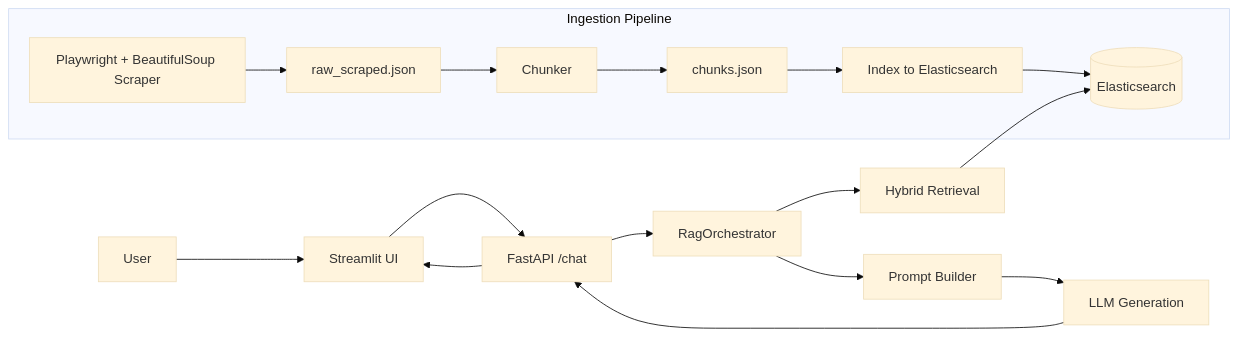
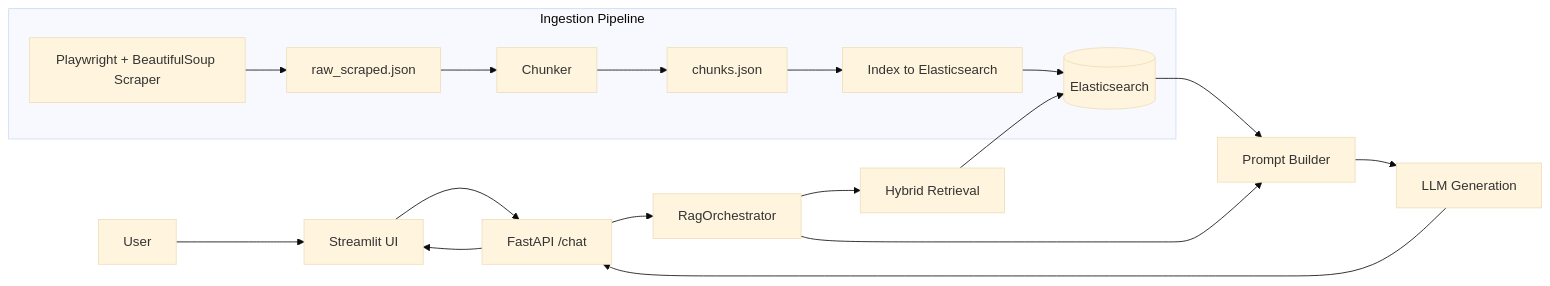
The diagram in README.md (sc-khuyad/Housing_Chatbot_Khushal), drawn with Mermaid (base theme) before and after one commit.

````diff
--- a/README.md
+++ b/README.md
@@ -9,20 +9,21 @@
 ```mermaid
 flowchart LR
     U[User] --> S[Streamlit UI]
     S --> A[FastAPI /chat]
     A --> R[RagOrchestrator]
     R --> H[Hybrid Retrieval]
     H --> E[(Elasticsearch)]
     R --> P[Prompt Builder]
+    E --> P
     P --> G[LLM Generation]
     G --> A
     A --> S
 
     subgraph Ingestion Pipeline
         W[Playwright + BeautifulSoup Scraper] --> D[raw_scraped.json]
         D --> C[Chunker]
         C --> X[chunks.json]
         X --> I[Index to Elasticsearch]
         I --> E
     end
 ```
````
